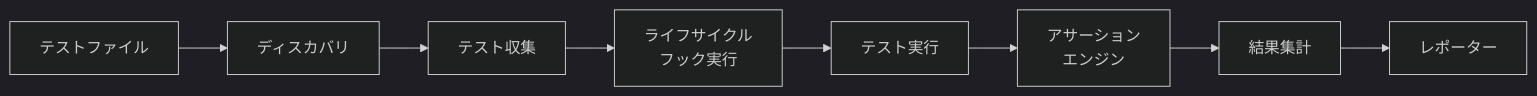
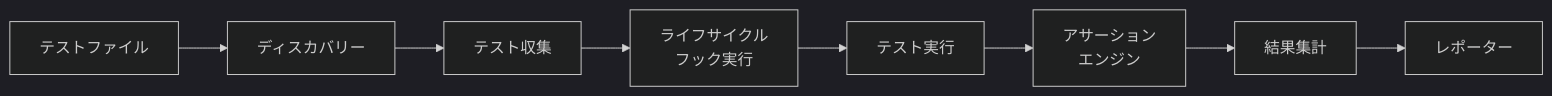
Before and after one commit to yoichiozaki/yoichiozaki.github.io: the diagram in content/blog/ja/test-framework-internals.mdx, drawn with Mermaid (dark theme). The commit also changed other lines of this file and 117 other files, not shown here.

````diff
--- a/content/blog/ja/test-framework-internals.mdx
+++ b/content/blog/ja/test-framework-internals.mdx
@@ -16,10 +16,10 @@
 ```mermaid
 graph LR
-    A[テストファイル] --> B[ディスカバリ]
+    A[テストファイル] --> B[ディスカバリー]
     B --> C[テスト収集]
     C --> D[ライフサイクル<br/>フック実行]
     D --> E[テスト実行]
     E --> F[アサーション<br/>エンジン]
     F --> G[結果集計]
     G --> H[レポーター]
 ```
````
